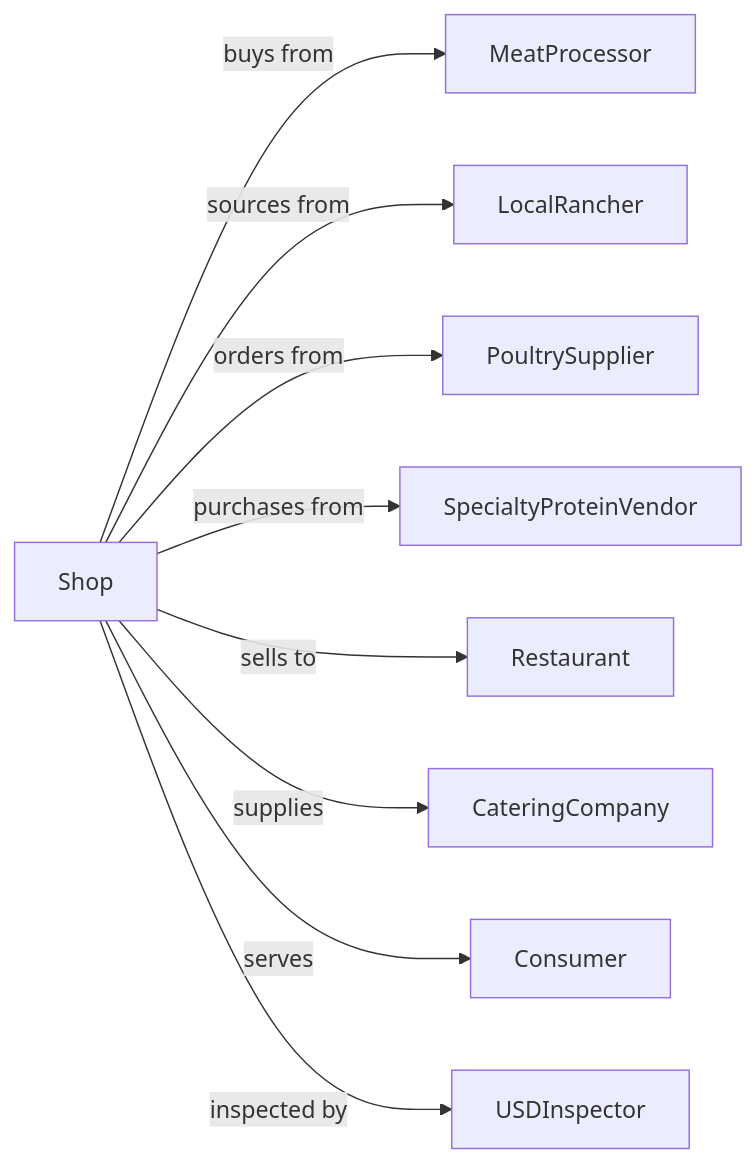
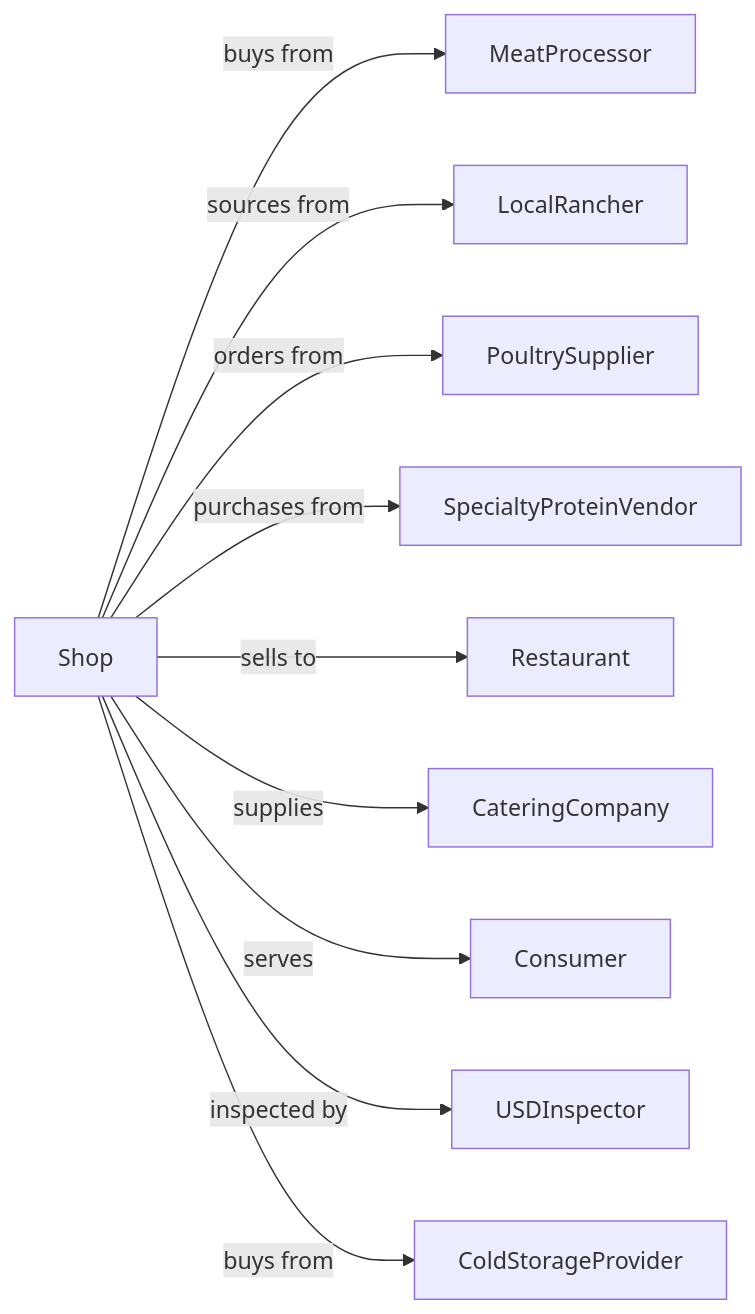
The second of 2 diagrams in RetailTrade/FoodAndBeverageRetailers/SpecialtyFoodRetailers/MeatRetailers.mdx (dot-org-ai/industries.org.ai), drawn with Mermaid before and after one commit. The commit also changed 588 other files, not shown here.

````diff
--- a/RetailTrade/FoodAndBeverageRetailers/SpecialtyFoodRetailers/MeatRetailers.mdx
+++ b/RetailTrade/FoodAndBeverageRetailers/SpecialtyFoodRetailers/MeatRetailers.mdx
@@ -130,13 +130,14 @@
 ```mermaid
 graph LR
     S[Shop]
 
     S -->|buys from| MeatProcessor
     S -->|sources from| LocalRancher
     S -->|orders from| PoultrySupplier
     S -->|purchases from| SpecialtyProteinVendor
     S -->|sells to| Restaurant
     S -->|supplies| CateringCompany
     S -->|serves| Consumer
     S -->|inspected by| USDInspector
+    S -->|buys from| ColdStorageProvider
 ```
````
